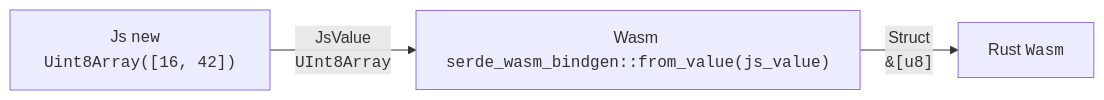
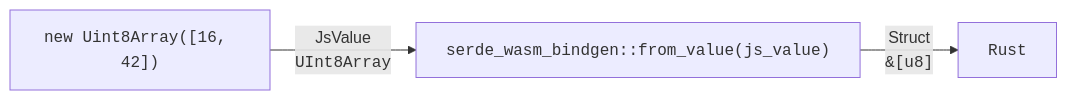
Before and after one commit to gist-rs/book: the first of 3 diagrams in src/wasm/serialize-js-data.md, drawn with Mermaid. The commit also changed other lines of this file, not shown here.

````diff
--- a/src/wasm/serialize-js-data.md
+++ b/src/wasm/serialize-js-data.md
@@ -7,4 +16,4 @@
    ```mermaid
    graph LR
-    A["Js <code>new Uint8Array([16, 42])</code>"] --JsValue<br><code>UInt8Array</code>--> B["Wasm <code>serde_wasm_bindgen::from_value(js_value)</code>"] --"Struct<br><code>&[u8]</code>"--> C[Rust <code>Wasm</code>]
+    A["<code>new Uint8Array([16, 42])</code>"] --JsValue<br><code>UInt8Array</code>--> B["<code>serde_wasm_bindgen::from_value(js_value)</code>"] --"Struct<br><code>&[u8]</code>"--> C[<code>Rust</code>]
    ```
````
